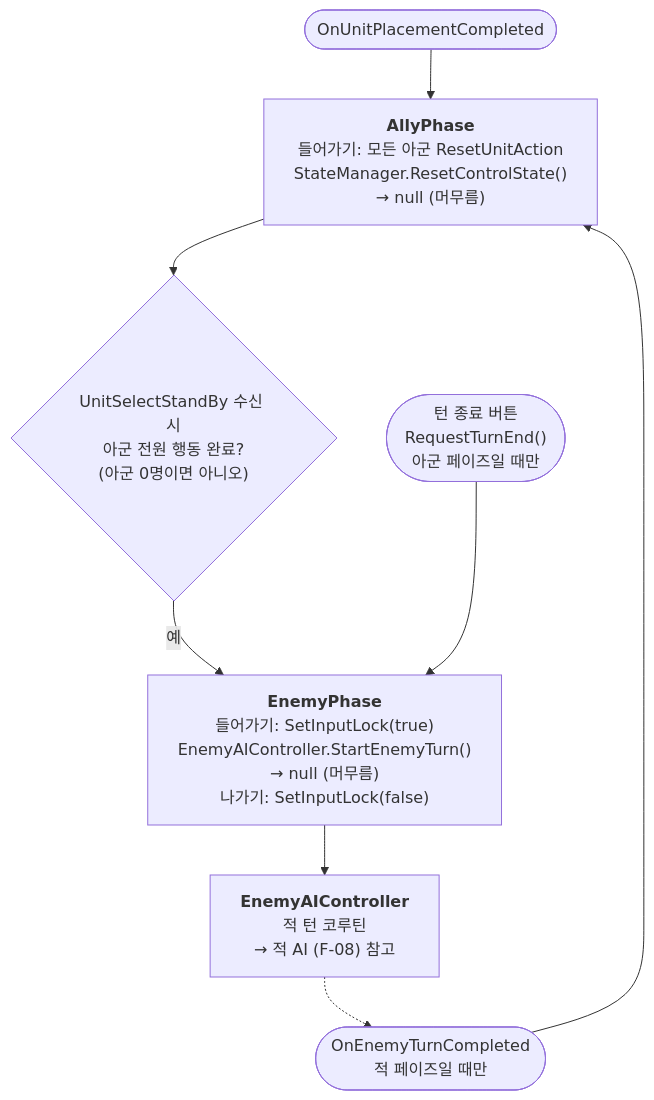
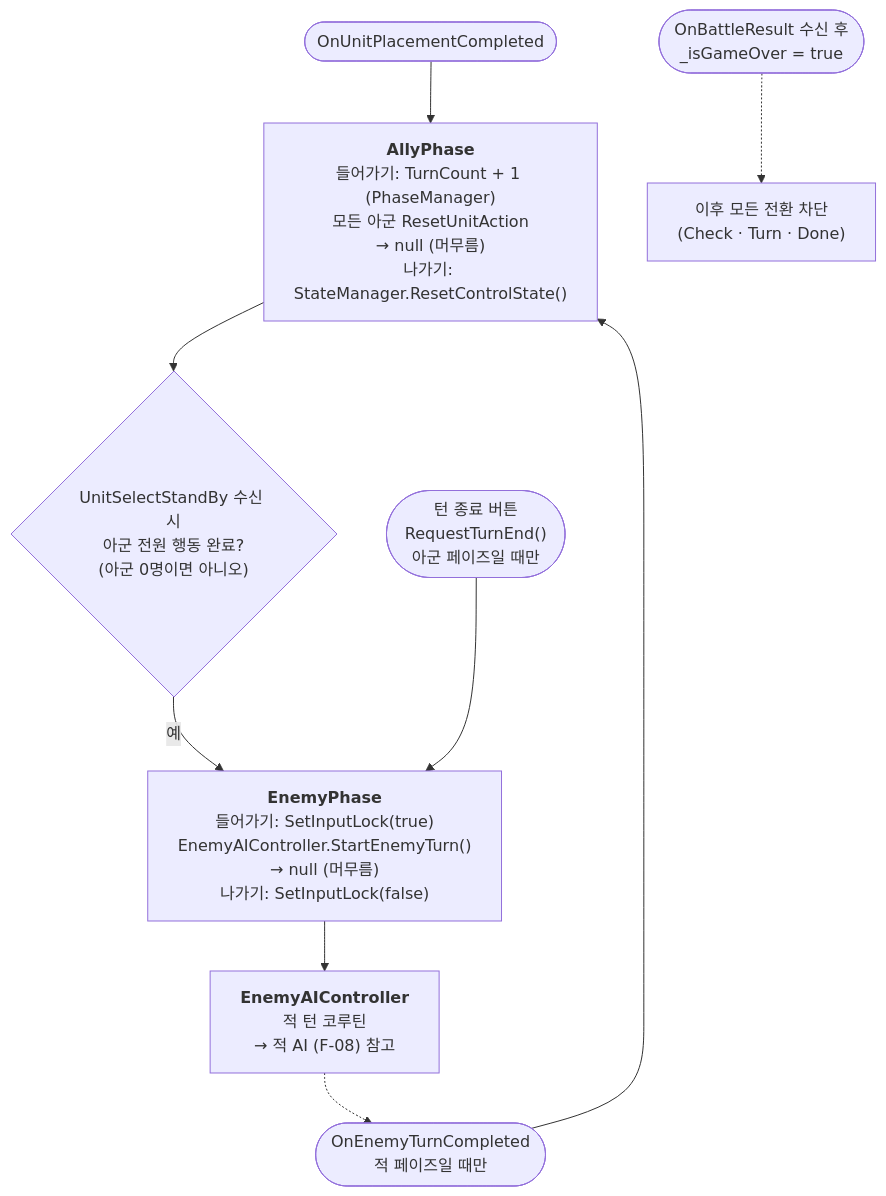
Diagram 13 of 31 in Docs/ImplementDocs/Diagram.md (jayy5288sk/PersonalProject), drawn with Mermaid before and after one commit. The commit also changed other lines of this file and 23 other files, not shown here.

````diff
--- a/Docs/ImplementDocs/Diagram.md
+++ b/Docs/ImplementDocs/Diagram.md
@@ -279,16 +283,17 @@
 ```mermaid
 flowchart TB
     Placed(["OnUnitPlacementCompleted"]) --> Ally
-    Ally["<b>AllyPhase</b><br/>들어가기: 모든 아군 ResetUnitAction<br/>StateManager.ResetControlState()<br/>→ null (머무름)"]
+    Ally["<b>AllyPhase</b><br/>들어가기: TurnCount + 1 (PhaseManager)<br/>모든 아군 ResetUnitAction<br/>→ null (머무름)<br/>나가기: StateManager.ResetControlState()"]
     Enemy["<b>EnemyPhase</b><br/>들어가기: SetInputLock(true)<br/>EnemyAIController.StartEnemyTurn()<br/>→ null (머무름)<br/>나가기: SetInputLock(false)"]
     AI["<b>EnemyAIController</b><br/>적 턴 코루틴<br/>→ 적 AI (F-08) 참고"]
     Done(["OnEnemyTurnCompleted<br/>적 페이즈일 때만"])
 
     Check{"UnitSelectStandBy 수신 시<br/>아군 전원 행동 완료?<br/>(아군 0명이면 아니오)"}
     Ally --> Check
     Check -->|예| Enemy
     Turn(["턴 종료 버튼<br/>RequestTurnEnd()<br/>아군 페이즈일 때만"]) --> Enemy
     Enemy --> AI
     AI -.-> Done
     Done --> Ally
+    Over(["OnBattleResult 수신 후<br/>_isGameOver = true"]) -.-> Block["이후 모든 전환 차단<br/>(Check · Turn · Done)"]
 ```
````
